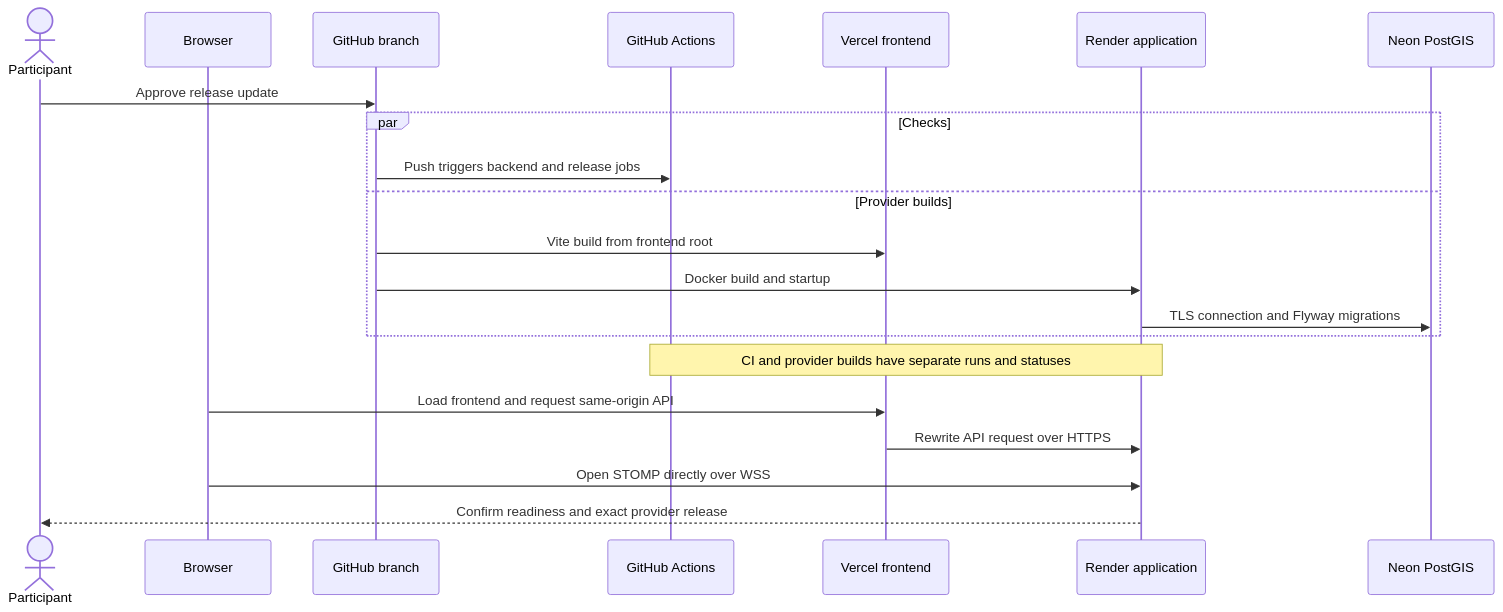
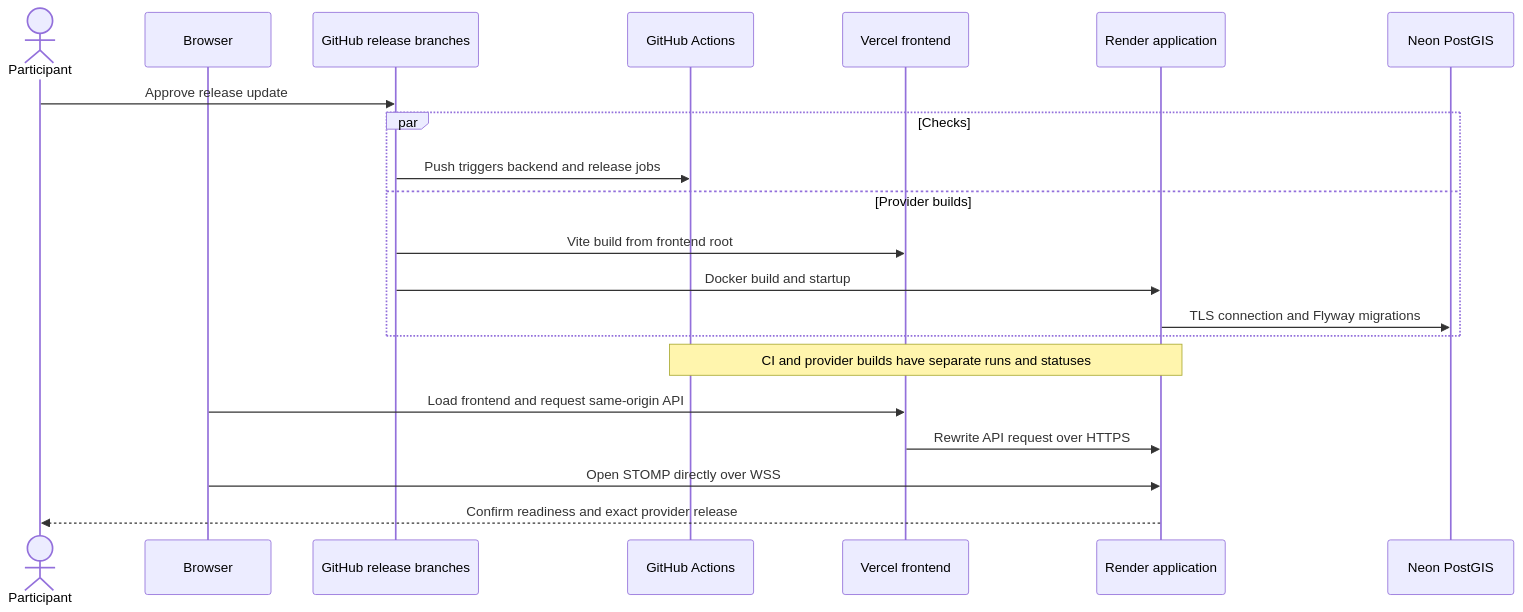
Before and after one commit to Manu577228/HydroGrid: the diagram in docs/evidence/lifecycle/07-ship.md, drawn with Mermaid. The commit also changed other lines of this file and 6 other files, not shown here.

Commit message:
Record the active Render branch after the split release merge

````diff
--- a/docs/evidence/lifecycle/07-ship.md
+++ b/docs/evidence/lifecycle/07-ship.md
@@ -7,23 +7,23 @@
 ```mermaid
 sequenceDiagram
     actor P as Participant
     participant B as Browser
-    participant Git as GitHub branch
+    participant Git as GitHub release branches
     participant C as GitHub Actions
     participant V as Vercel frontend
     participant R as Render application
     participant N as Neon PostGIS
     P->>Git: Approve release update
     par Checks
         Git->>C: Push triggers backend and release jobs
     and Provider builds
         Git->>V: Vite build from frontend root
         Git->>R: Docker build and startup
         R->>N: TLS connection and Flyway migrations
     end
     Note over C,R: CI and provider builds have separate runs and statuses
     B->>V: Load frontend and request same-origin API
     V->>R: Rewrite API request over HTTPS
     B->>R: Open STOMP directly over WSS
     R-->>P: Confirm readiness and exact provider release
 ```
````
